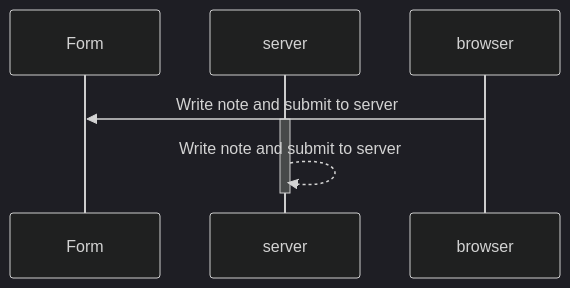
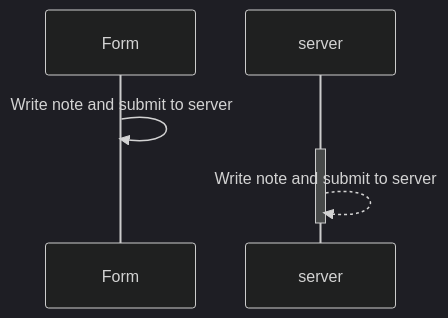
One commit to 11132731/Course-Full-Stack changed the diagram in diagrama.md. Above: the diagram before and after it, drawn with Mermaid (dark theme).

Commit message:
Fix sequence diagram participant interaction

````diff
--- a/diagrama.md
+++ b/diagrama.md
@@ -2,12 +2,12 @@
 ```mermaid
 sequenceDiagram
     participant Form
     participant server
 
-    browser->>Form: Write note and submit to server
+    Form->>Form: Write note and submit to server
     activate server
     server-->>server: Write note and submit to server
     deactivate server
 
 
 ```
````
